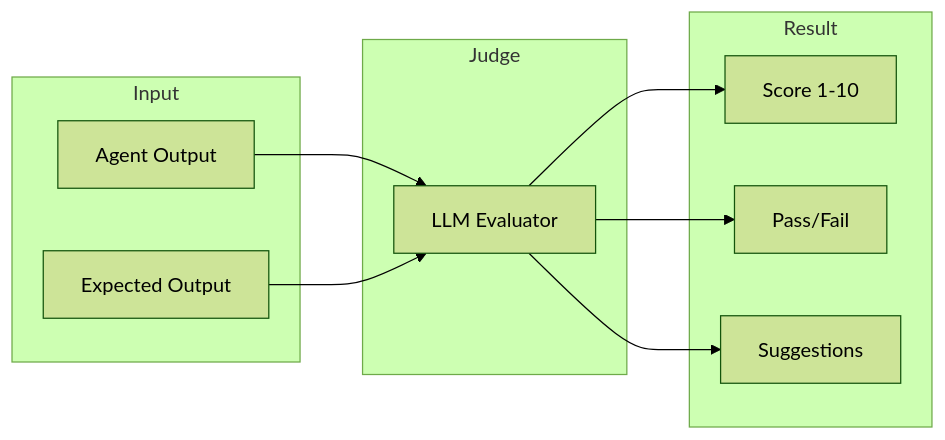
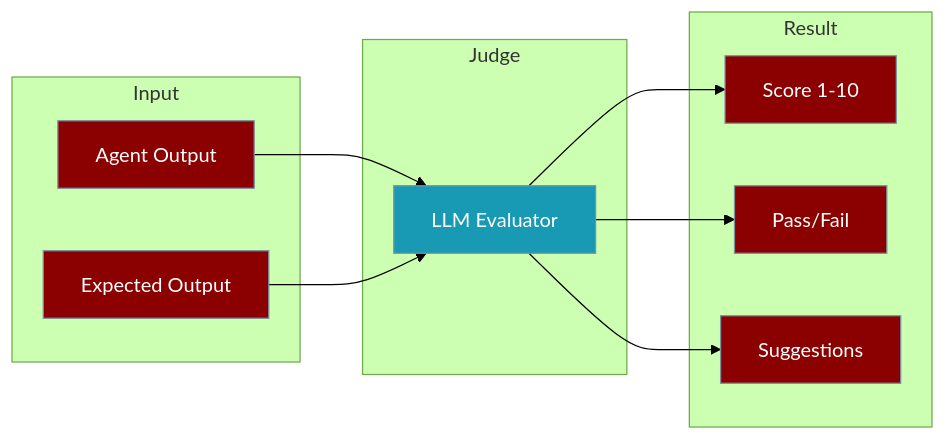
Before and after one commit to MervinPraison/PraisonAIDocs: the diagram in docs/features/llm-as-judge.mdx, drawn with Mermaid (forest theme). The commit also changed 19 other files, not shown here.

````diff
--- a/docs/features/llm-as-judge.mdx
+++ b/docs/features/llm-as-judge.mdx
@@ -20,24 +20,29 @@
 ```mermaid
 flowchart LR
     subgraph Input
-        A[Agent Output]:::agent
-        B[Expected Output]:::agent
+        A[Agent Output]
+        B[Expected Output]
     end
     
     subgraph Judge
-        C[LLM Evaluator]:::tool
+        C[LLM Evaluator]
     end
     
     subgraph Result
-        D[Score 1-10]:::agent
-        E[Pass/Fail]:::agent
-        F[Suggestions]:::agent
+        D[Score 1-10]
+        E[Pass/Fail]
+        F[Suggestions]
     end
     
     A --> C
     B --> C
     C --> D
     C --> E
     C --> F
-    
+
+    classDef agent fill:#8B0000,stroke:#7C90A0,color:#fff
+    classDef tool fill:#189AB4,stroke:#7C90A0,color:#fff
+    class A,B,D,E,F agent
+    class C tool
+
 ```
````
